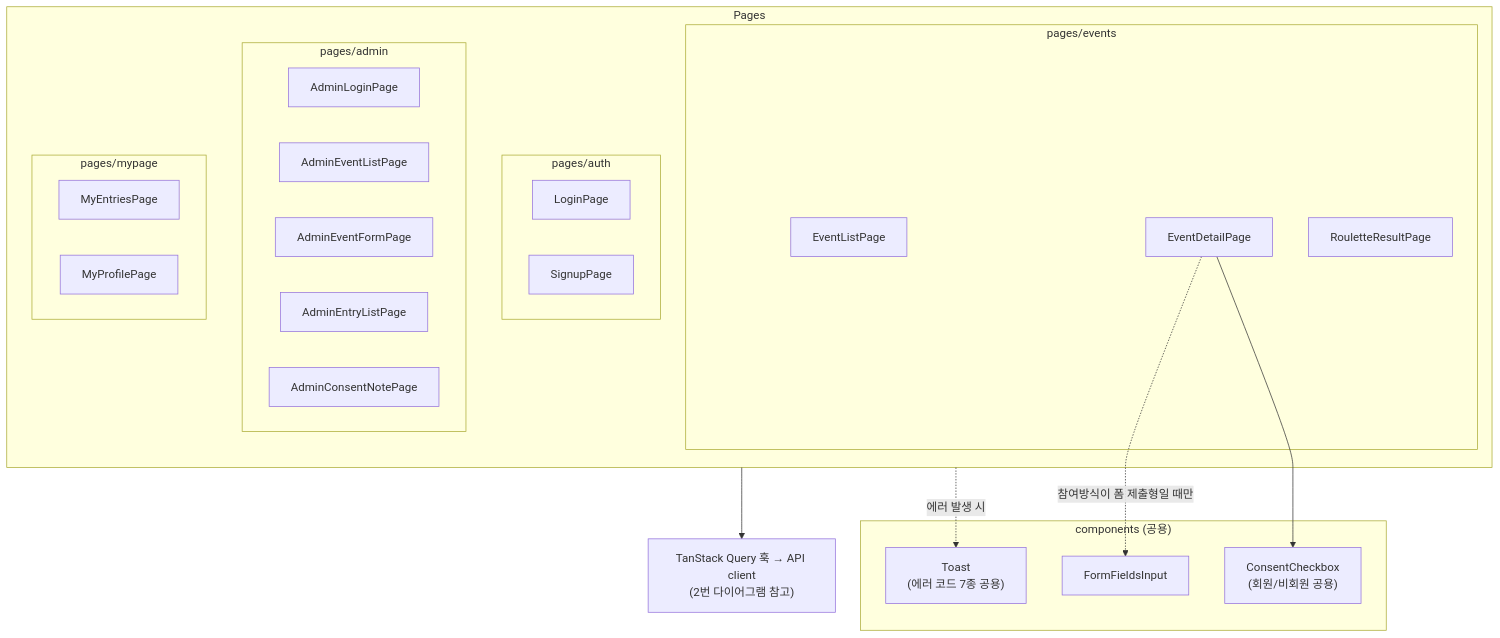
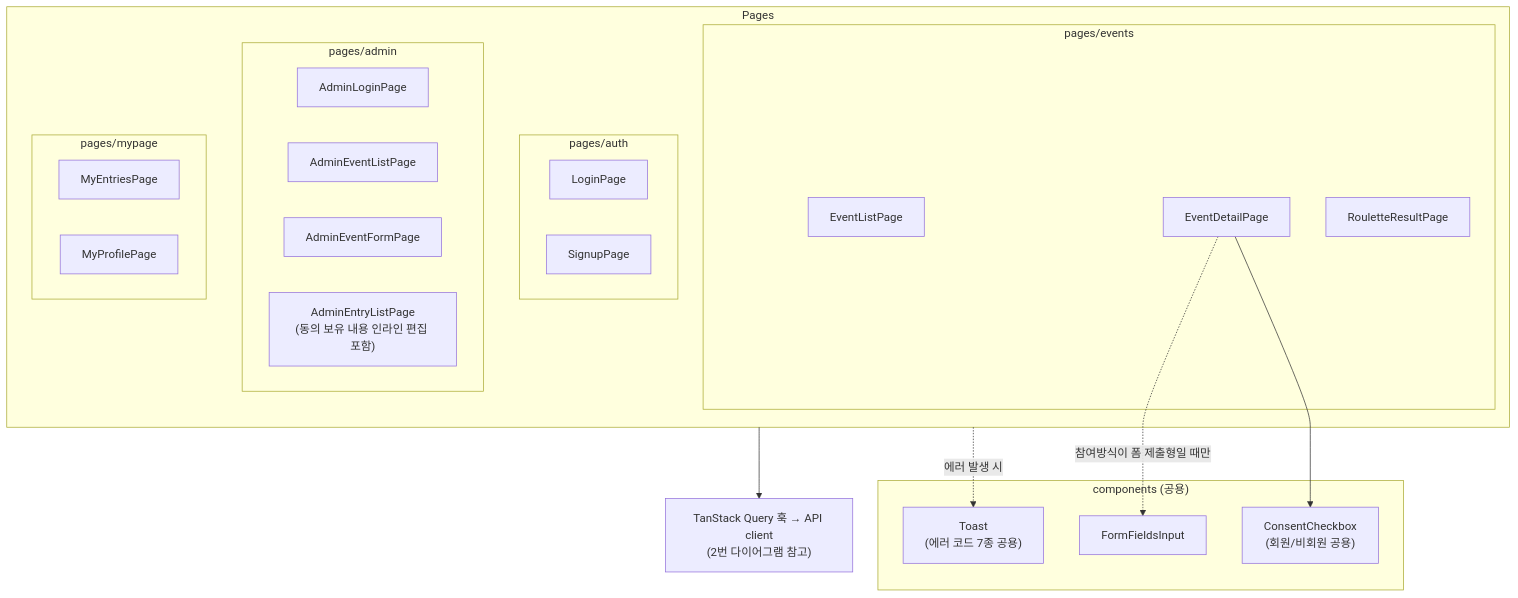
Before and after one commit to H-Lee-plan/b2b-promo: the third of 4 diagrams in docs/6-arch-diagram.md, drawn with Mermaid. The commit also changed other lines of this file and 32 other files, not shown here.

````diff
--- a/docs/6-arch-diagram.md
+++ b/docs/6-arch-diagram.md
@@ -72,38 +73,37 @@
 ```mermaid
 flowchart TD
     subgraph pages["Pages"]
         subgraph pEvents["pages/events"]
             EventListPage
             EventDetailPage
             RouletteResultPage
         end
         subgraph pAuth["pages/auth"]
             LoginPage
             SignupPage
         end
         subgraph pAdmin["pages/admin"]
             AdminLoginPage
             AdminEventListPage
             AdminEventFormPage
-            AdminEntryListPage
-            AdminConsentNotePage
+            AdminEntryListPage["AdminEntryListPage<br/>(동의 보유 내용 인라인 편집 포함)"]
         end
         subgraph pMypage["pages/mypage"]
             MyEntriesPage
             MyProfilePage
         end
     end
 
     subgraph components["components (공용)"]
         Toast["Toast<br/>(에러 코드 7종 공용)"]
         ConsentCheckbox["ConsentCheckbox<br/>(회원/비회원 공용)"]
         FormFieldsInput
     end
 
     query["TanStack Query 훅 → API client<br/>(2번 다이어그램 참고)"]
 
     EventDetailPage --> ConsentCheckbox
     EventDetailPage -. "참여방식이 폼 제출형일 때만" .-> FormFieldsInput
     pages -. "에러 발생 시" .-> Toast
     pages --> query
 ```
````
